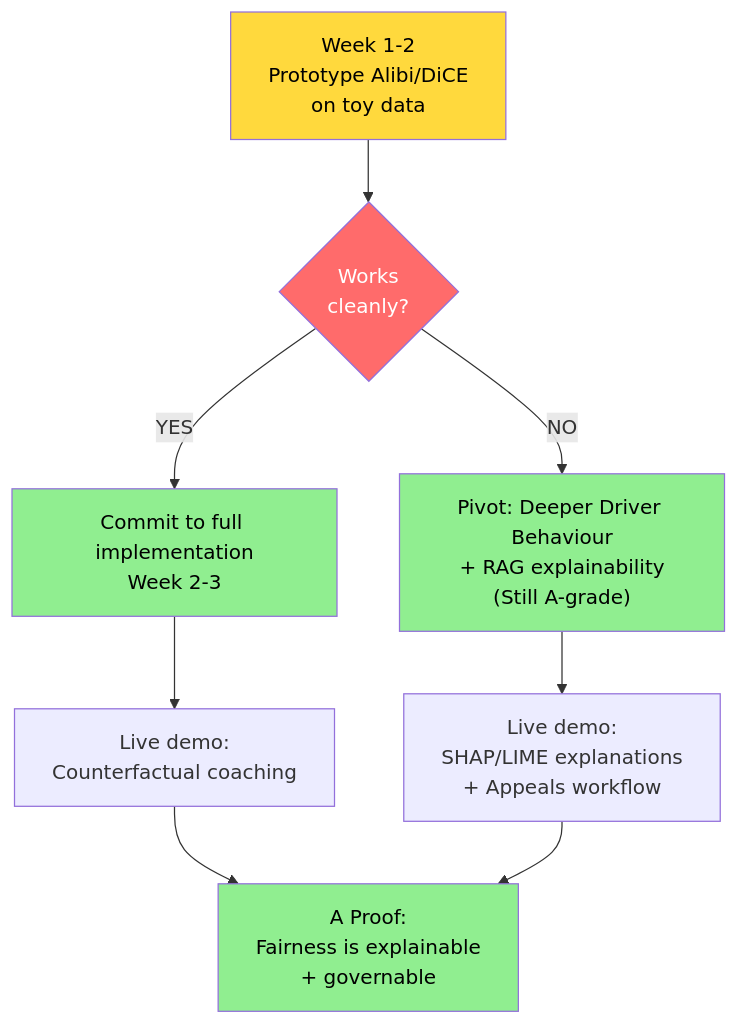
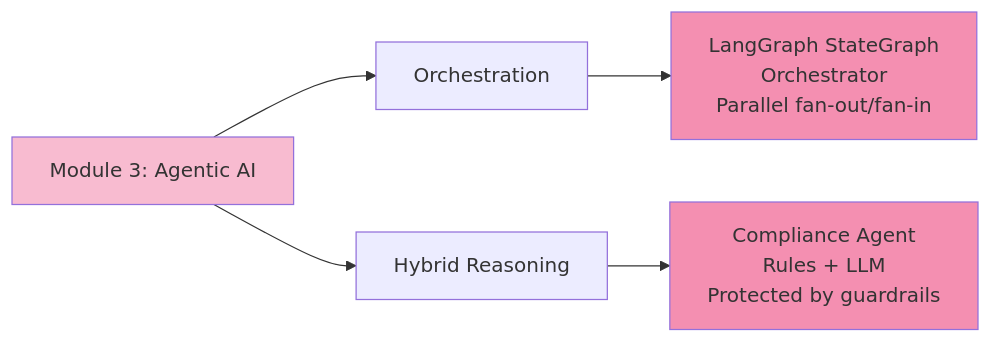
Diagram 11 of 15 in docs/architecture/master_plan.md (tracedata-ai/tracedata-ai-monorepo), drawn with Mermaid before and after one commit. The commit also changed other lines of this file and 1 other file, not shown here.

````diff
--- a/docs/architecture/master_plan.md
+++ b/docs/architecture/master_plan.md
@@ -304,19 +512,12 @@
 ```mermaid
-graph TD
-    START["Week 1-2<br/>Prototype Alibi/DiCE<br/>on toy data"] --> DECISION{Works<br/>cleanly?}
+graph LR
+    MOD3["Module 3: Agentic AI"] --> A["Orchestration"]
+    MOD3 --> B["Hybrid Reasoning"]
 
-    DECISION -->|YES| COMMIT["Commit to full implementation<br/>Week 2-3"]
-    DECISION -->|NO| PIVOT["Pivot: Deeper Driver Behaviour<br/>+ RAG explainability<br/>(Still A-grade)"]
+    A --> A1["LangGraph StateGraph<br/>Orchestrator<br/>Parallel fan-out/fan-in"]
+    B --> B1["Compliance Agent<br/>Rules + LLM<br/>Protected by guardrails"]
 
-    COMMIT --> DEMO1["Live demo:<br/>Counterfactual coaching"]
-    PIVOT --> DEMO2["Live demo:<br/>SHAP/LIME explanations<br/>+ Appeals workflow"]
-
-    DEMO1 --> RESULT["A+ Proof:<br/>Fairness is actionable"]
-    DEMO2 --> RESULT["A Proof:<br/>Fairness is explainable<br/>+ governable"]
-
-    style START fill:#ffd93d,color:#000
-    style DECISION fill:#ff6b6b,color:#fff
-    style COMMIT fill:#90EE90,color:#000
-    style PIVOT fill:#90EE90,color:#000
-    style RESULT fill:#90EE90,color:#000
+    style MOD3 fill:#f8bbd0
+    style A1 fill:#f48fb1
+    style B1 fill:#f48fb1
 ```
````
